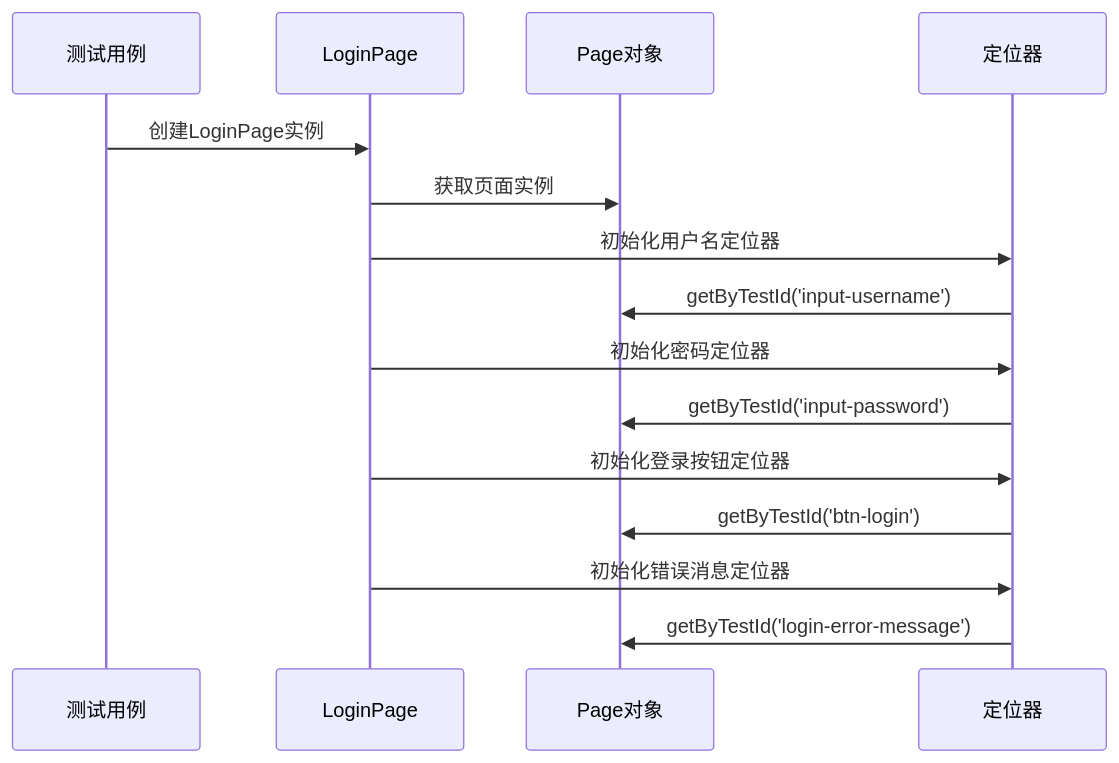
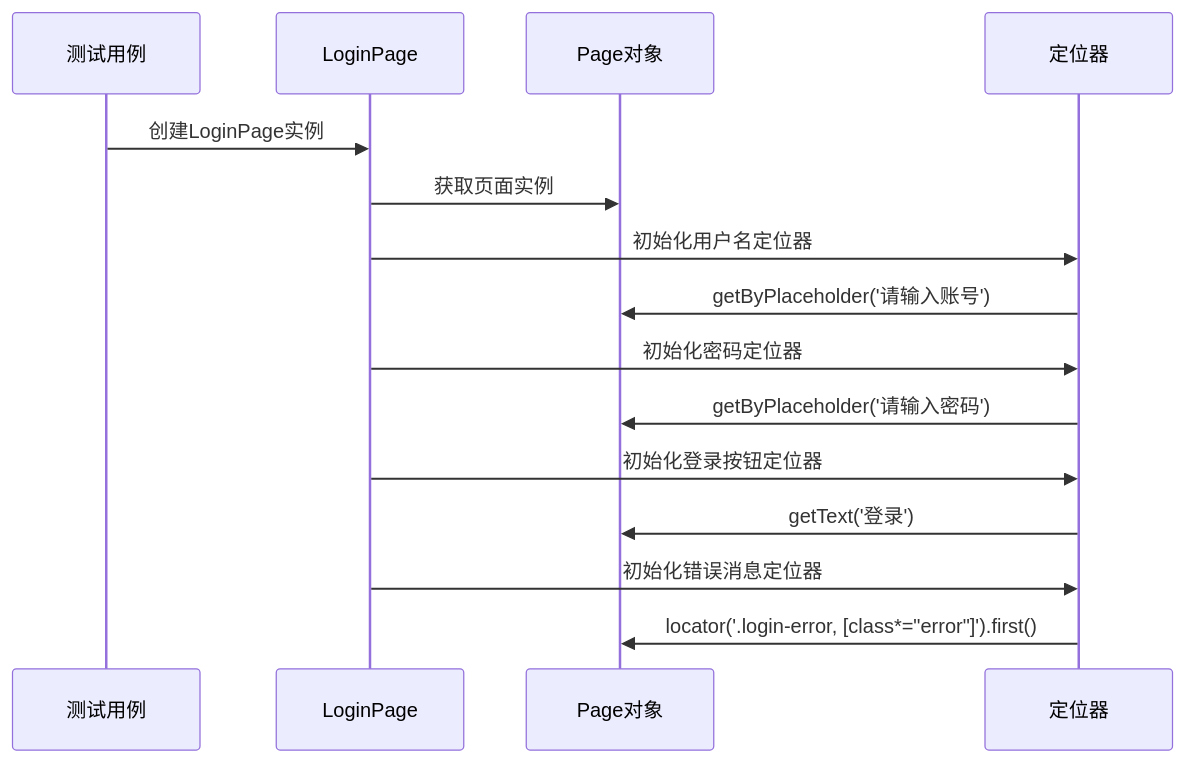
One commit to zzgoviziwind/--playwright changed the fourth of 11 diagrams in .qoder/repowiki/zh/content/页面对象设计模式/登录页面封装.md. Above: the diagram before and after it, drawn with Mermaid. The commit also changed other lines of this file and 112 other files, not shown here.

````diff
--- a/.qoder/repowiki/zh/content/页面对象设计模式/登录页面封装.md
+++ b/.qoder/repowiki/zh/content/页面对象设计模式/登录页面封装.md
@@ -177,17 +192,17 @@
 ```mermaid
 sequenceDiagram
 participant Test as 测试用例
 participant Login as LoginPage
 participant Page as Page对象
 participant Locator as 定位器
 Test->>Login : 创建LoginPage实例
 Login->>Page : 获取页面实例
 Login->>Locator : 初始化用户名定位器
-Locator->>Page : getByTestId('input-username')
+Locator->>Page : getByPlaceholder('请输入账号')
 Login->>Locator : 初始化密码定位器
-Locator->>Page : getByTestId('input-password')
+Locator->>Page : getByPlaceholder('请输入密码')
 Login->>Locator : 初始化登录按钮定位器
-Locator->>Page : getByTestId('btn-login')
+Locator->>Page : getText('登录')
 Login->>Locator : 初始化错误消息定位器
-Locator->>Page : getByTestId('login-error-message')
+Locator->>Page : locator('.login-error, [class*="error"]').first()
 ```
````
